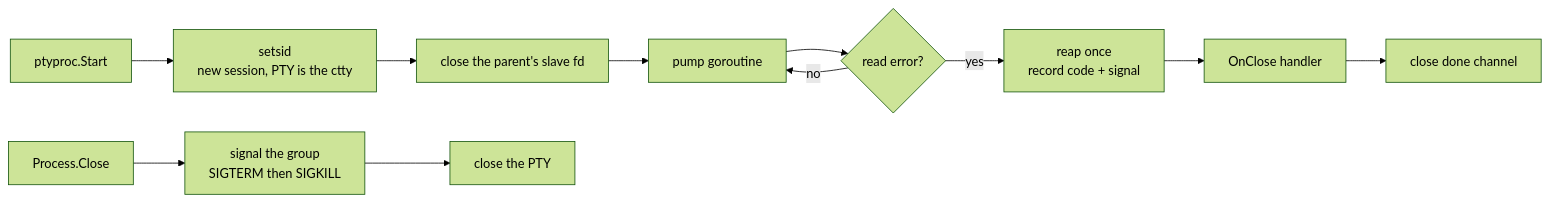
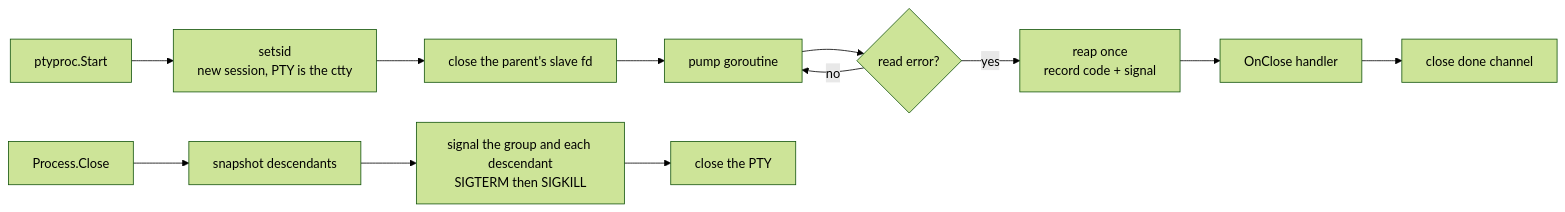
The third of 3 diagrams in docs/architecture.md (Gaurav-Gosain/tuitest), drawn with Mermaid (forest theme) before and after one commit. The commit also changed other lines of this file and 3 other files, not shown here.

````diff
--- a/docs/architecture.md
+++ b/docs/architecture.md
@@ -117,13 +117,14 @@
 ```mermaid
 flowchart LR
   START[ptyproc.Start] --> SETSID[setsid<br/>new session, PTY is the ctty]
   SETSID --> SLAVE[close the parent's slave fd]
   SLAVE --> PUMPG[pump goroutine]
   PUMPG --> EOF{read error?}
   EOF -- no --> PUMPG
   EOF -- yes --> REAP[reap once<br/>record code + signal]
   REAP --> ONCLOSE[OnClose handler]
   ONCLOSE --> DONE[close done channel]
-  CLOSE[Process.Close] --> GRP[signal the group<br/>SIGTERM then SIGKILL]
+  CLOSE[Process.Close] --> TREE[snapshot descendants]
+  TREE --> GRP[signal the group and each descendant<br/>SIGTERM then SIGKILL]
   GRP --> PTYC[close the PTY]
 ```
````
